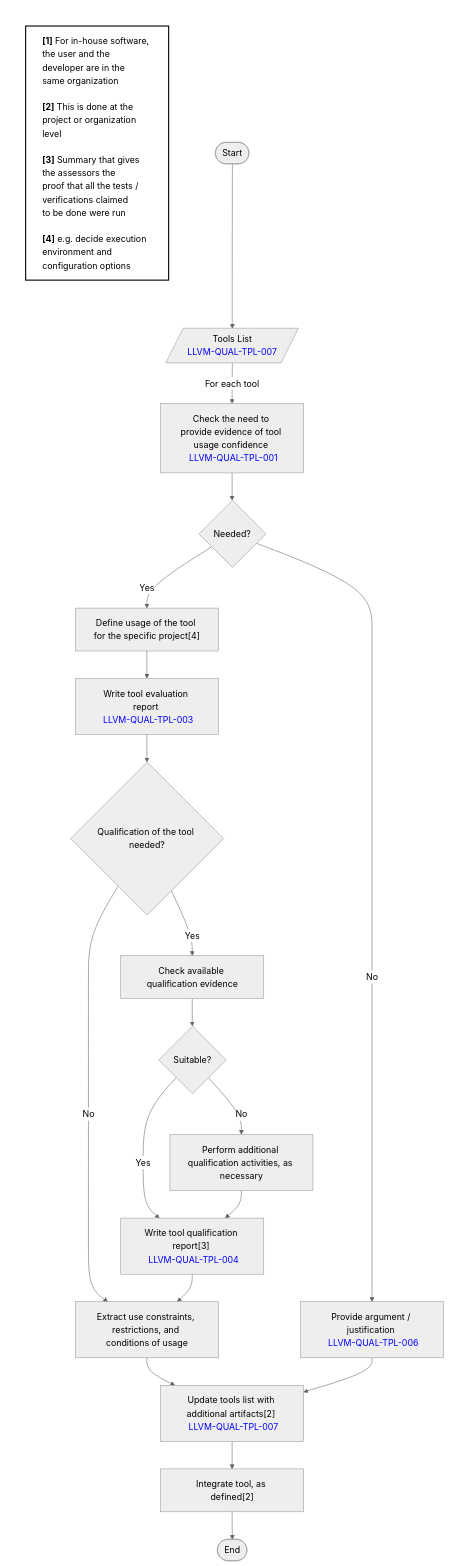
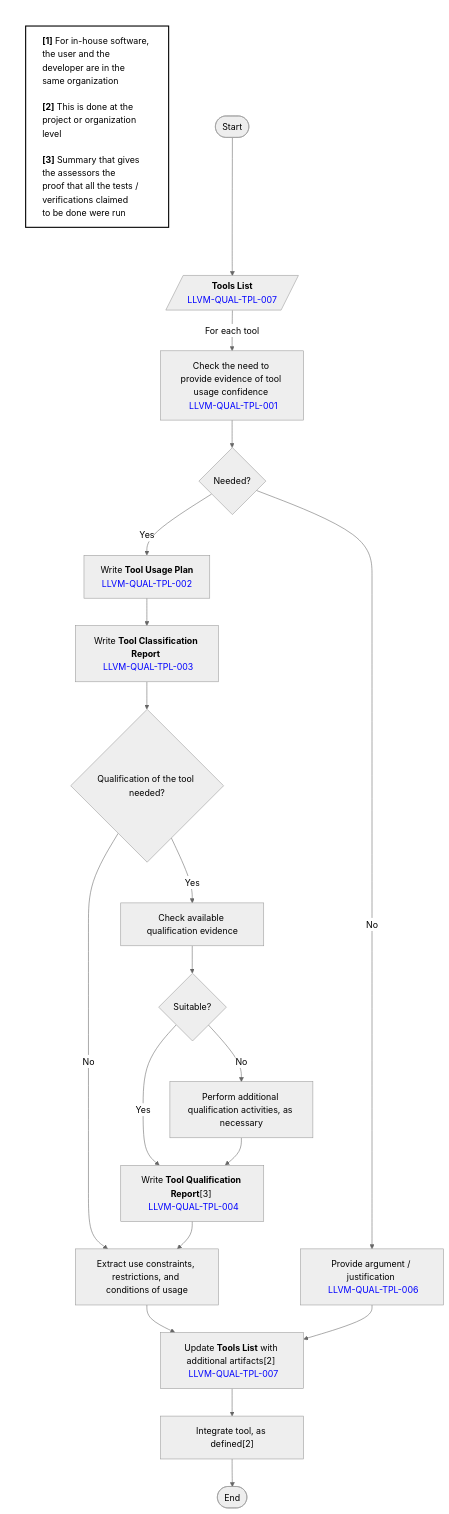
One commit to llvm/llvm-wgs changed the diagram in fusa-qual-wg/tools/workflows/tool_usage_confidence_for_users.mmd. Above: the diagram before and after it, drawn with Mermaid (neutral theme). The commit also changed 9 other files, not shown here.

First line of the commit message:
[fusa-qual-wg] Remove the graph generator related and update *.mmd files

```diff
--- a/fusa-qual-wg/tools/workflows/tool_usage_confidence_for_users.mmd
+++ b/fusa-qual-wg/tools/workflows/tool_usage_confidence_for_users.mmd
@@ -1,44 +1,44 @@
 flowchart TD
     A([Start])
-    B[/"Tools List" <br/> <span style='color:blue'>LLVM-QUAL-TPL-007</span>/]
+    B[/"<b>Tools List</b>" <br/> <span style='color:blue'>LLVM-QUAL-TPL-007</span>/]
     C["Check the need to provide evidence of tool usage confidence" <br/> <span style='color:blue'>LLVM-QUAL-TPL-001</span>]
     D{"Needed?"}
     E["Provide argument / justification" <br/> <span style='color:blue'>LLVM-QUAL-TPL-006</span>]
-    F["Define usage of the tool for the specific project[4]"]
-    G["Write tool evaluation report" <br/> <span style='color:blue'>LLVM-QUAL-TPL-003</span>]
+    F["Write <b>Tool Usage Plan</b> <br/> <span style='color:blue'>LLVM-QUAL-TPL-002</span>"]
+    G["Write <b>Tool Classification Report</b>" <br/> <span style='color:blue'>LLVM-QUAL-TPL-003</span>]
     H{"Qualification of the tool needed?"}
     I["Check available qualification evidence"]
     J["Extract use constraints, restrictions, and conditions of usage"]
     K{"Suitable?"}
     L["Perform additional qualification activities, as necessary"]
-    M["Write tool qualification report[3] <br/> <span style='color:blue'>LLVM-QUAL-TPL-004</span>"]
-    N["Update tools list with additional artifacts[2] <br/> <span style='color:blue'>LLVM-QUAL-TPL-007</span>"]
+    M["Write <b>Tool Qualification Report</b>[3] <br/> <span style='color:blue'>LLVM-QUAL-TPL-004</span>"]
+    N["Update <b>Tools List</b> with additional artifacts[2] <br/> <span style='color:blue'>LLVM-QUAL-TPL-007</span>"]
     O["Integrate tool, as defined[2]"]
     P([End])
 
     A --> B
     B --> | For each tool | C
     C --> D
     D --> |No| E
     D --> |Yes| F
     F --> G
     G --> H
     H --> |No| J
     H --> |Yes| I
     I --> K
     K --> |Yes| M
     K --> |No| L
     L --> M
     M --> J
     J --> N
     E --> N
     N --> O
     O --> P
 
     subgraph Legend [" "]
         direction TB
-        L1["<b>[1]</b> For in-house software, the user and the<br>developer are in the same organization<br><br><b>[2]</b> This is done at the project or organization<br>level<br><br><b>[3]</b> Summary that gives the assessors the<br>proof that all the tests / verifications claimed<br>to be done were run<br><br><b>[4]</b> e.g. decide execution environment and<br>configuration options"]
+        L1["<b>[1]</b> For in-house software, the user and the<br>developer are in the same organization<br><br><b>[2]</b> This is done at the project or organization<br>level<br><br><b>[3]</b> Summary that gives the assessors the<br>proof that all the tests / verifications claimed<br>to be done were run<br>"]
     end
 
     style Legend fill:none,stroke:none
     style L1 fill:#fff,stroke:#000000,stroke-width:2px,text-align:left
```
